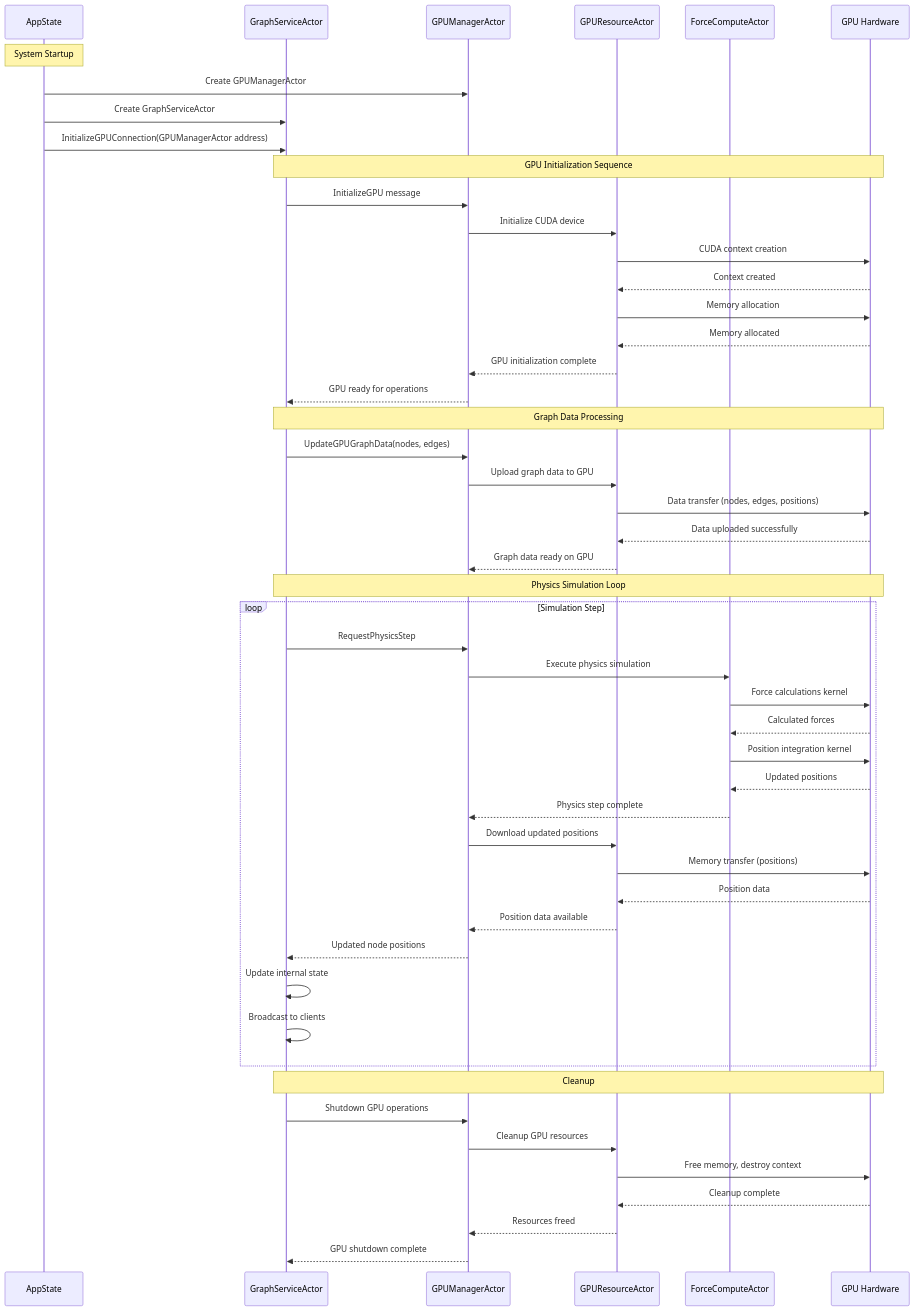
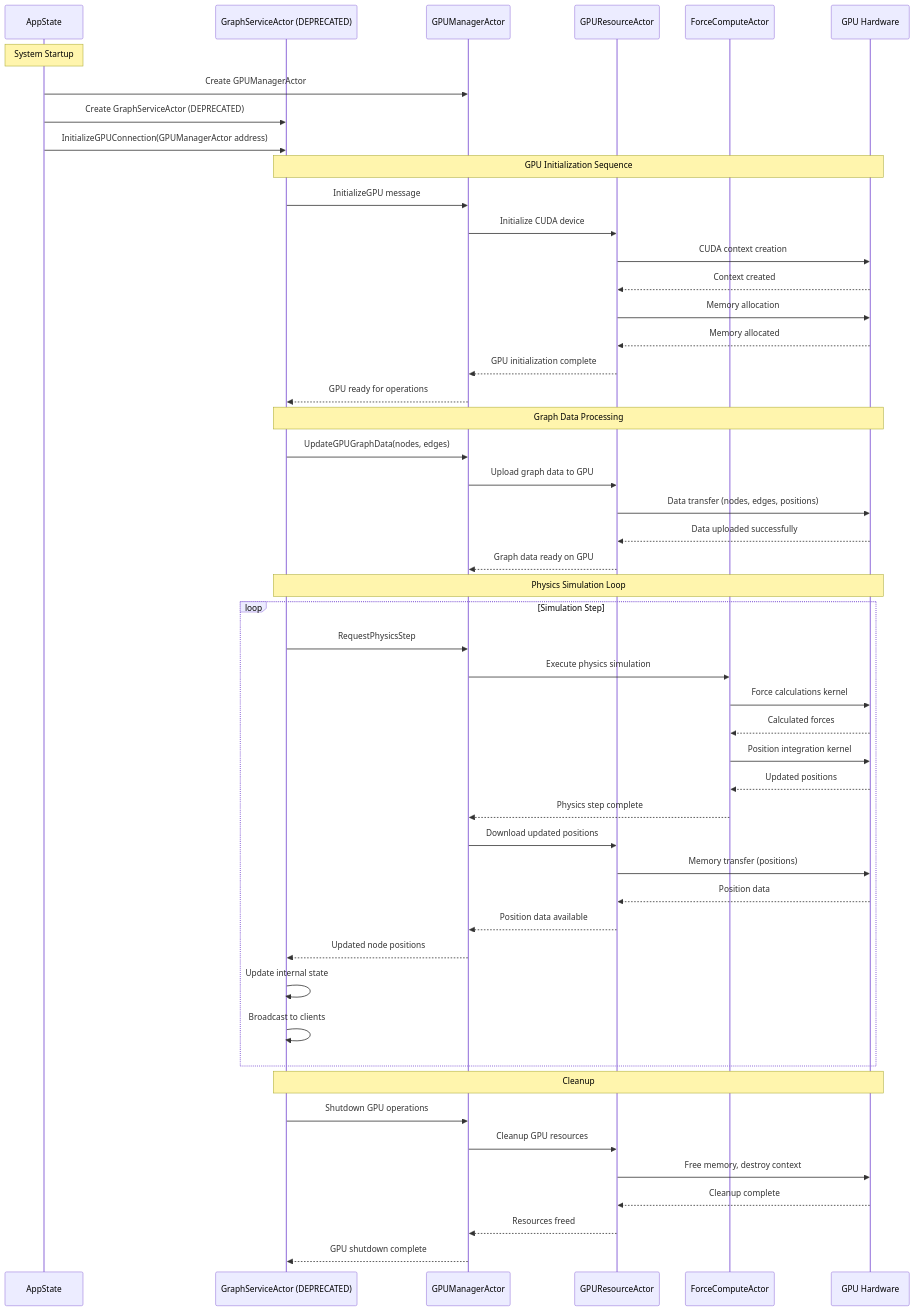
Before and after one commit to DreamLab-AI/VisionFlow: the first of 3 diagrams in docs/concepts/architecture/gpu/communication-flow.md, drawn with Mermaid. The commit also changed other lines of this file and 65 other files, not shown here.

First line of the commit message:
Fix Priority 2: Architecture path corrections (27 broken links)

````diff
--- a/docs/concepts/architecture/gpu/communication-flow.md
+++ b/docs/concepts/architecture/gpu/communication-flow.md
@@ -68,57 +104,57 @@
 ```mermaid
 sequenceDiagram
     participant AppState as AppState
-    participant GraphService as GraphServiceActor
+    participant GraphService as GraphServiceActor (DEPRECATED)
     participant GPUManager as GPUManagerActor
     participant GPUResource as GPUResourceActor
     participant ForceCompute as ForceComputeActor
     participant GPU as GPU Hardware
 
     Note over AppState: System Startup
     AppState->>GPUManager: Create GPUManagerActor
-    AppState->>GraphService: Create GraphServiceActor
+    AppState->>GraphService: Create GraphServiceActor (DEPRECATED)
     AppState->>GraphService: InitializeGPUConnection(GPUManagerActor address)
 
     Note over GraphService, GPU: GPU Initialization Sequence
     GraphService->>GPUManager: InitializeGPU message
     GPUManager->>GPUResource: Initialize CUDA device
     GPUResource->>GPU: CUDA context creation
     GPU-->>GPUResource: Context created
     GPUResource->>GPU: Memory allocation
     GPU-->>GPUResource: Memory allocated
     GPUResource-->>GPUManager: GPU initialization complete
     GPUManager-->>GraphService: GPU ready for operations
 
     Note over GraphService, GPU: Graph Data Processing
     GraphService->>GPUManager: UpdateGPUGraphData(nodes, edges)
     GPUManager->>GPUResource: Upload graph data to GPU
     GPUResource->>GPU: Data transfer (nodes, edges, positions)
     GPU-->>GPUResource: Data uploaded successfully
     GPUResource-->>GPUManager: Graph data ready on GPU
 
     Note over GraphService, GPU: Physics Simulation Loop
     loop Simulation Step
         GraphService->>GPUManager: RequestPhysicsStep
         GPUManager->>ForceCompute: Execute physics simulation
         ForceCompute->>GPU: Force calculations kernel
         GPU-->>ForceCompute: Calculated forces
         ForceCompute->>GPU: Position integration kernel
         GPU-->>ForceCompute: Updated positions
         ForceCompute-->>GPUManager: Physics step complete
         GPUManager->>GPUResource: Download updated positions
         GPUResource->>GPU: Memory transfer (positions)
         GPU-->>GPUResource: Position data
         GPUResource-->>GPUManager: Position data available
         GPUManager-->>GraphService: Updated node positions
         GraphService->>GraphService: Update internal state
         GraphService->>GraphService: Broadcast to clients
     end
 
     Note over GraphService, GPU: Cleanup
     GraphService->>GPUManager: Shutdown GPU operations
     GPUManager->>GPUResource: Cleanup GPU resources
     GPUResource->>GPU: Free memory, destroy context
     GPU-->>GPUResource: Cleanup complete
     GPUResource-->>GPUManager: Resources freed
     GPUManager-->>GraphService: GPU shutdown complete
 ```
````
